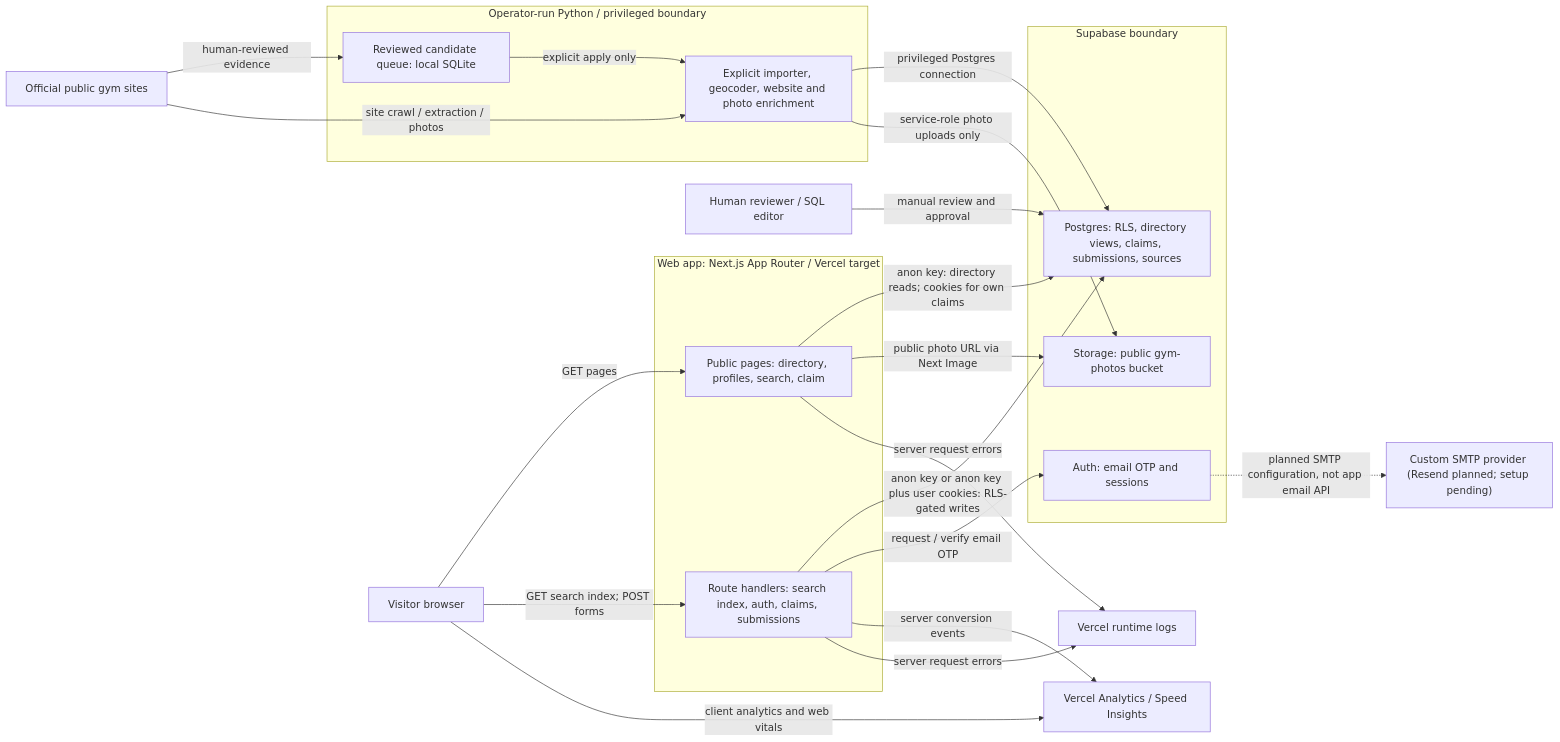
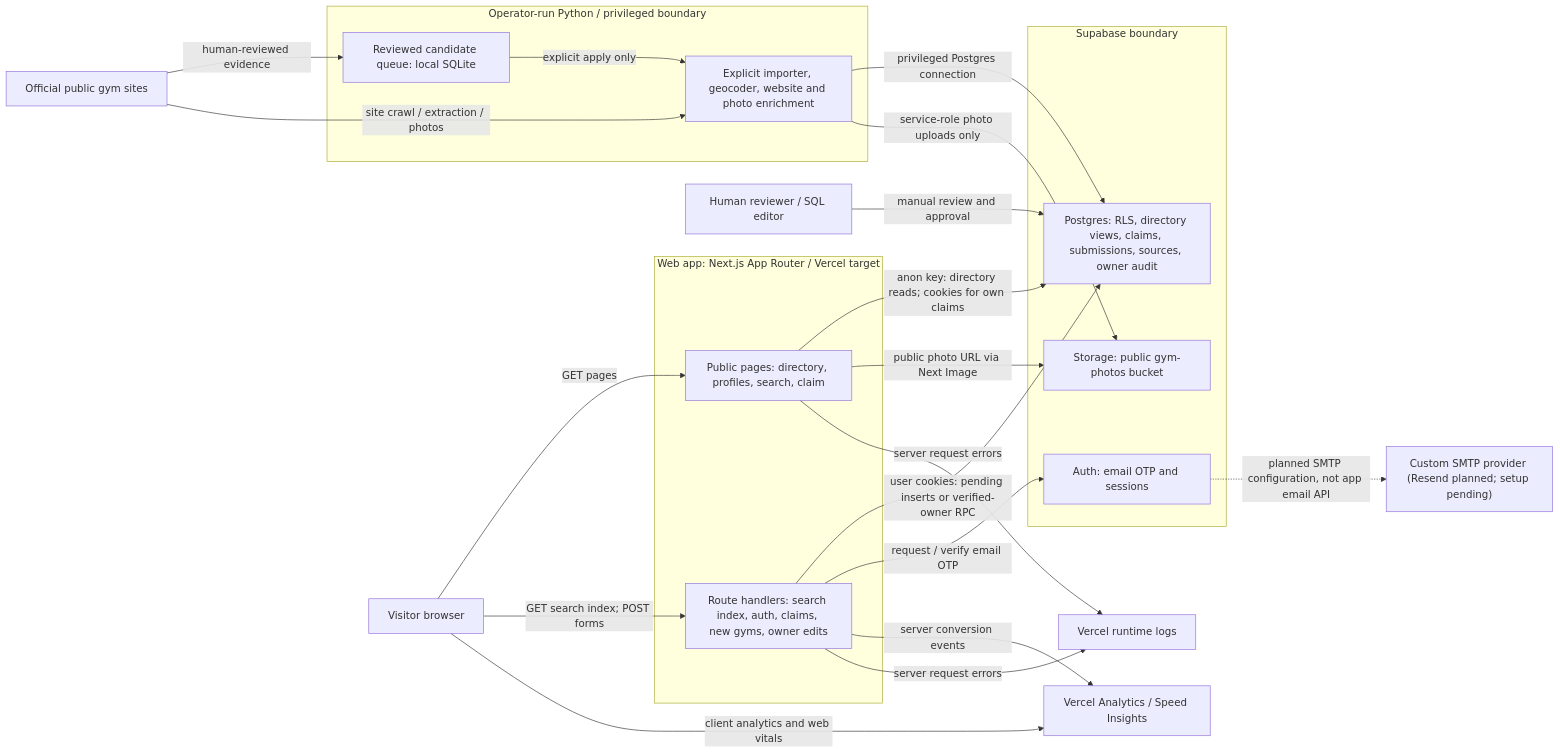
The diagram in docs/architecture.md (vnguyendc/fightgyms), drawn with Mermaid before and after one commit. The commit also changed other lines of this file and 36 other files, not shown here.

Commit message:
feat: enable verified gym owner editing and retire corrections (#14)

````diff
--- a/docs/architecture.md
+++ b/docs/architecture.md
@@ -5,44 +5,44 @@
 ```mermaid
 flowchart LR
   visitor["Visitor browser"]
   official["Official public gym sites"]
   reviewer["Human reviewer / SQL editor"]
 
   subgraph web["Web app: Next.js App Router / Vercel target"]
     pages["Public pages: directory, profiles, search, claim"]
-    api["Route handlers: search index, auth, claims, submissions"]
+    api["Route handlers: search index, auth, claims, new gyms, owner edits"]
   end
 
   subgraph backend["Supabase boundary"]
     auth["Auth: email OTP and sessions"]
-    db["Postgres: RLS, directory views, claims, submissions, sources"]
+    db["Postgres: RLS, directory views, claims, submissions, sources, owner audit"]
     storage["Storage: public gym-photos bucket"]
   end
 
   subgraph ingestion["Operator-run Python / privileged boundary"]
     queue["Reviewed candidate queue: local SQLite"]
     scripts["Explicit importer, geocoder, website and photo enrichment"]
   end
 
   analytics["Vercel Analytics / Speed Insights"]
   logs["Vercel runtime logs"]
   smtp["Custom SMTP provider (Resend planned; setup pending)"]
 
   visitor -->|"GET pages"| pages
   visitor -->|"GET search index; POST forms"| api
   pages -->|"anon key: directory reads; cookies for own claims"| db
-  api -->|"anon key or anon key plus user cookies: RLS-gated writes"| db
+  api -->|"user cookies: pending inserts or verified-owner RPC"| db
   api -->|"request / verify email OTP"| auth
   auth -.->|"planned SMTP configuration, not app email API"| smtp
   pages -->|"public photo URL via Next Image"| storage
   official -->|"human-reviewed evidence"| queue
   queue -->|"explicit apply only"| scripts
   official -->|"site crawl / extraction / photos"| scripts
   scripts -->|"privileged Postgres connection"| db
   scripts -->|"service-role photo uploads only"| storage
   reviewer -->|"manual review and approval"| db
   visitor -->|"client analytics and web vitals"| analytics
   api -->|"server conversion events"| analytics
   pages -->|"server request errors"| logs
   api -->|"server request errors"| logs
 ```
````
